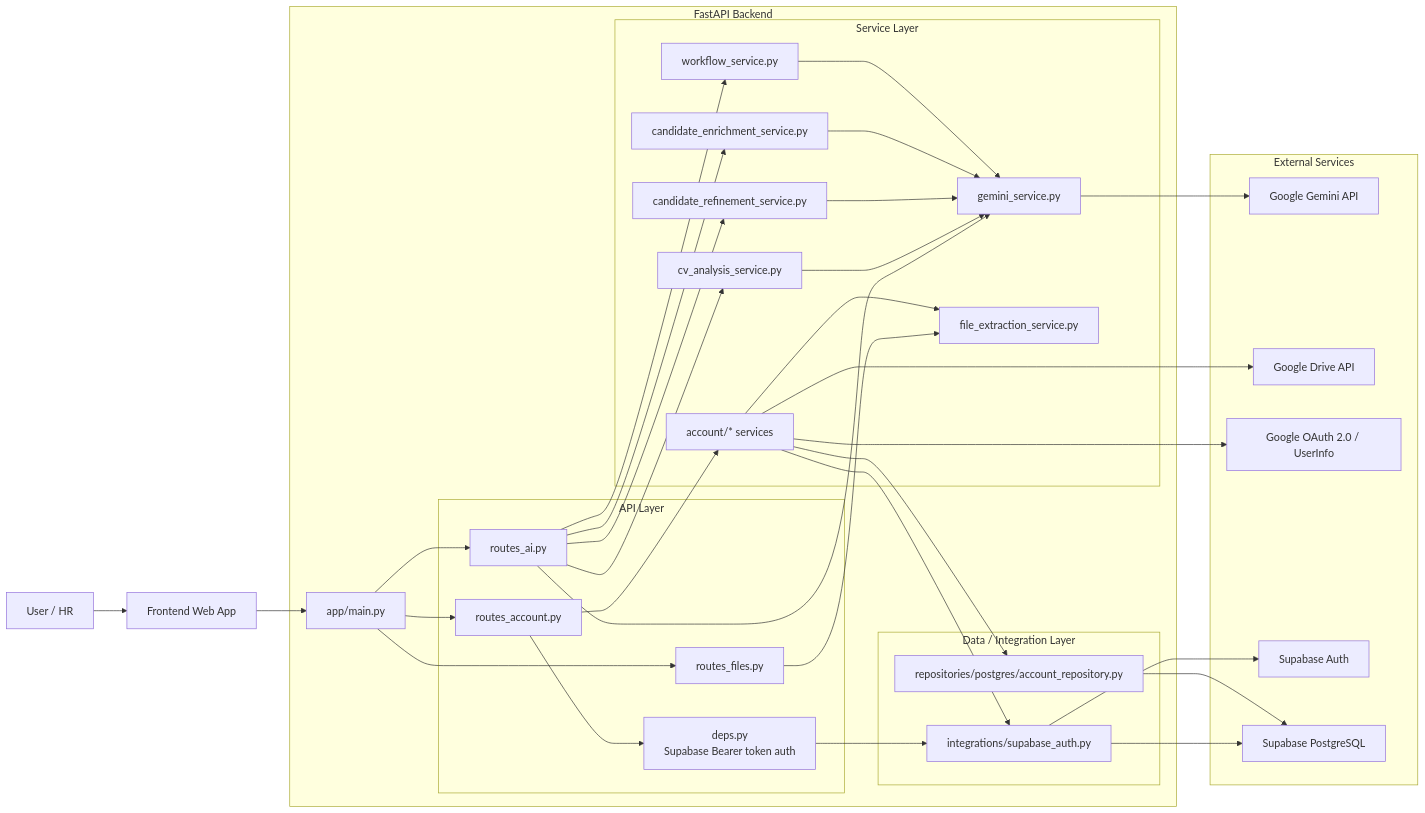
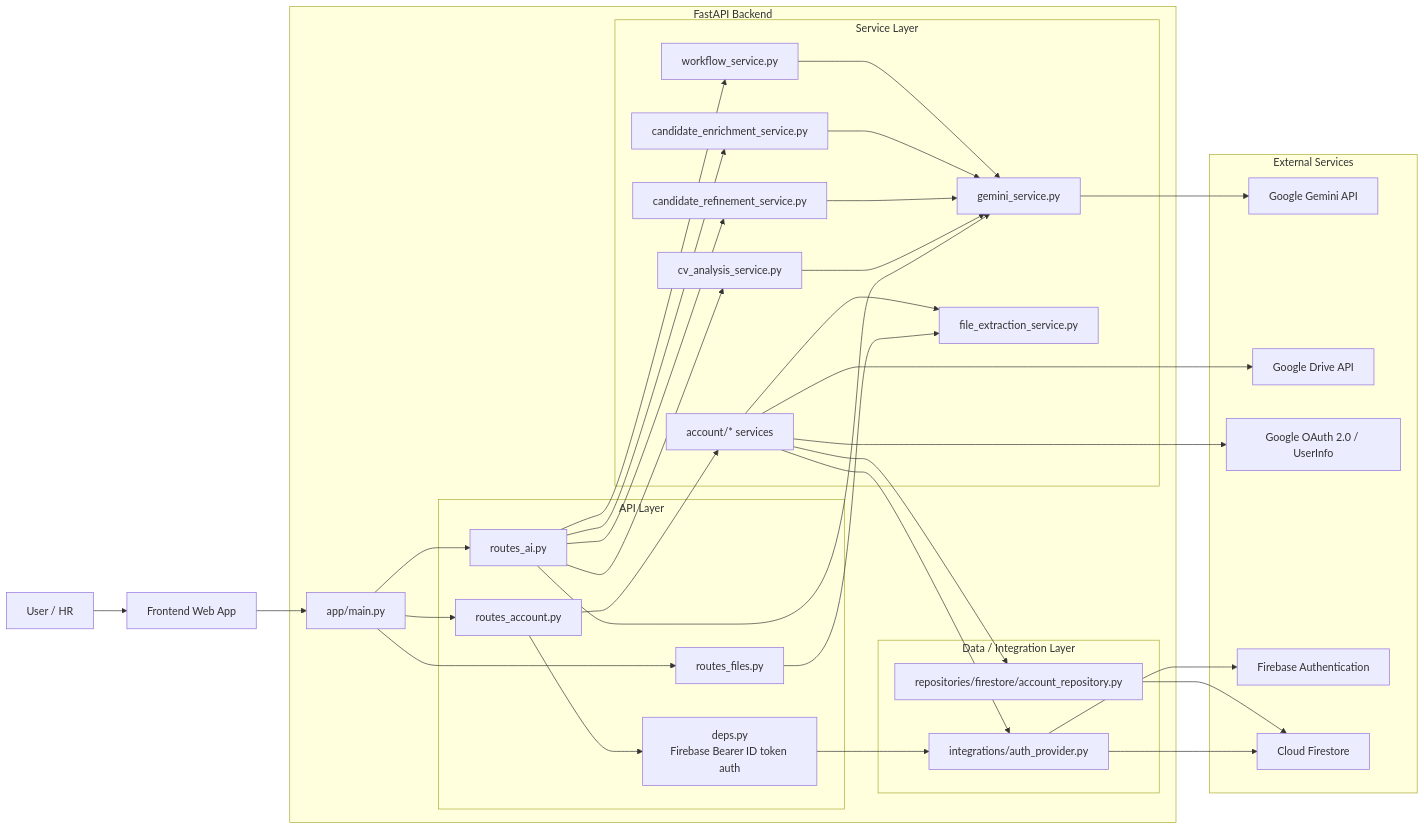
The first of 5 diagrams in api_server/docs/README.md (TechFutureAIFPT/ApiSupportHR-), drawn with Mermaid before and after one commit. The commit also changed other lines of this file and 86 other files, not shown here.

````diff
--- a/api_server/docs/README.md
+++ b/api_server/docs/README.md
@@ -37,70 +38,70 @@
 ```mermaid
 flowchart LR
     U["User / HR"] --> FE["Frontend Web App"]
 
     subgraph BE["FastAPI Backend"]
         MAIN["app/main.py"]
 
         subgraph API["API Layer"]
             RAI["routes_ai.py"]
             RF["routes_files.py"]
             RAC["routes_account.py"]
-            DEPS["deps.py<br/>Supabase Bearer token auth"]
+            DEPS["deps.py<br/>Firebase Bearer ID token auth"]
         end
 
         subgraph SVC["Service Layer"]
             GS["gemini_service.py"]
             FES["file_extraction_service.py"]
             CVS["cv_analysis_service.py"]
             CES["candidate_enrichment_service.py"]
             CRS["candidate_refinement_service.py"]
             WFS["workflow_service.py"]
             ACC["account/* services"]
         end
 
         subgraph DATA["Data / Integration Layer"]
-            FBADM["integrations/supabase_auth.py"]
-            REPO["repositories/postgres/account_repository.py"]
+            FBADM["integrations/auth_provider.py"]
+            REPO["repositories/firestore/account_repository.py"]
         end
     end
 
     subgraph EXT["External Services"]
         GEM["Google Gemini API"]
         GDRV["Google Drive API"]
         GAUTH["Google OAuth 2.0 / UserInfo"]
-        FBAUTH["Supabase Auth"]
-        FSTORE["Supabase PostgreSQL"]
+        FBAUTH["Firebase Authentication"]
+        FSTORE["Cloud Firestore"]
     end
 
     FE --> MAIN
     MAIN --> RAI
     MAIN --> RF
     MAIN --> RAC
 
     RAC --> DEPS
     DEPS --> FBADM
     FBADM --> FBAUTH
 
     RAI --> CVS
     RAI --> CRS
     RAI --> CES
     RAI --> WFS
     RAI --> GS
 
     RF --> FES
     RAC --> ACC
 
     CVS --> GS
     CRS --> GS
     CES --> GS
     WFS --> GS
     ACC --> FES
     ACC --> FBADM
     ACC --> REPO
 
     FBADM --> FSTORE
     REPO --> FSTORE
     GS --> GEM
     ACC --> GDRV
     ACC --> GAUTH
 ```
````
